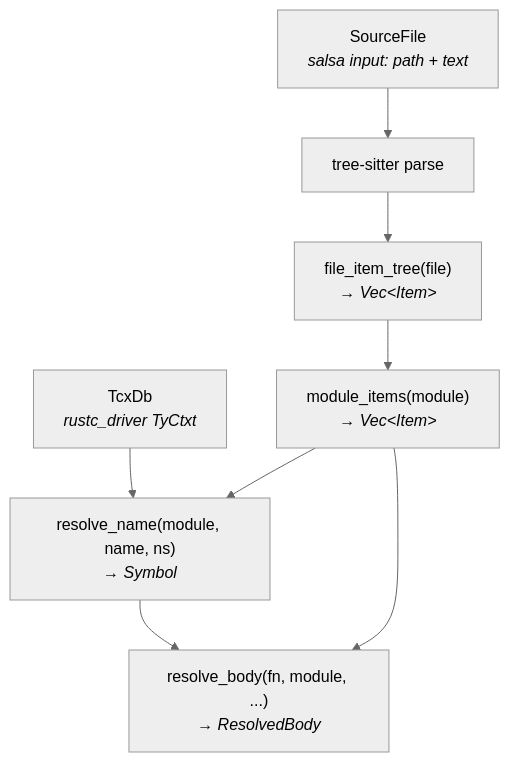
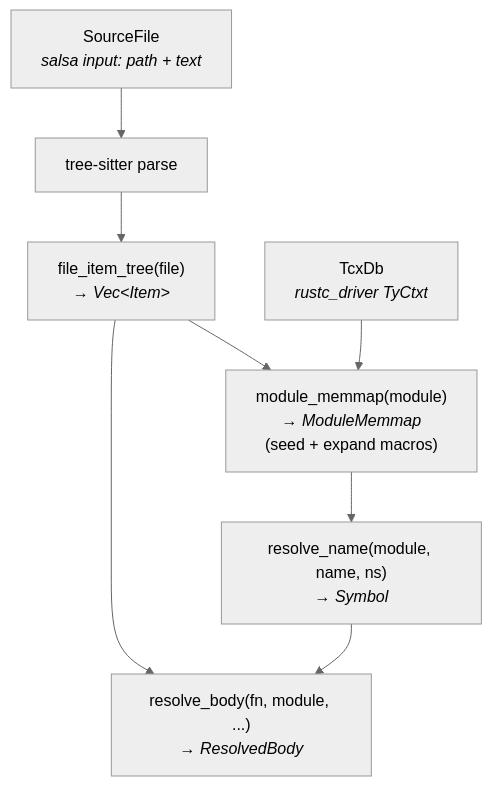
One commit to nikomatsakis/sage-dev changed the diagram in md/design/arch.md. Above: the diagram before and after it, drawn with Mermaid (neutral theme). The commit also changed other lines of this file and 3 other files, not shown here.

````diff
--- a/md/design/arch.md
+++ b/md/design/arch.md
@@ -10,16 +11,16 @@
 ```mermaid
 graph TD
     SF["SourceFile<br><i>salsa input: path + text</i>"]
     TS["tree-sitter parse"]
     FIT["file_item_tree(file)<br><i>→ Vec&lt;Item&gt;</i>"]
-    MI["module_items(module)<br><i>→ Vec&lt;Item&gt;</i>"]
+    MM["module_memmap(module)<br><i>→ ModuleMemmap</i><br>(seed + expand macros)"]
     RN["resolve_name(module, name, ns)<br><i>→ Symbol</i>"]
     RB["resolve_body(fn, module, ...)<br><i>→ ResolvedBody</i>"]
     DS["TcxDb<br><i>rustc_driver TyCtxt</i>"]
 
-    SF --> TS --> FIT --> MI
-    DS --> RN
-    MI --> RN
+    SF --> TS --> FIT --> MM
+    DS --> MM
+    MM --> RN
     RN --> RB
-    MI --> RB
+    FIT --> RB
 ```
````
